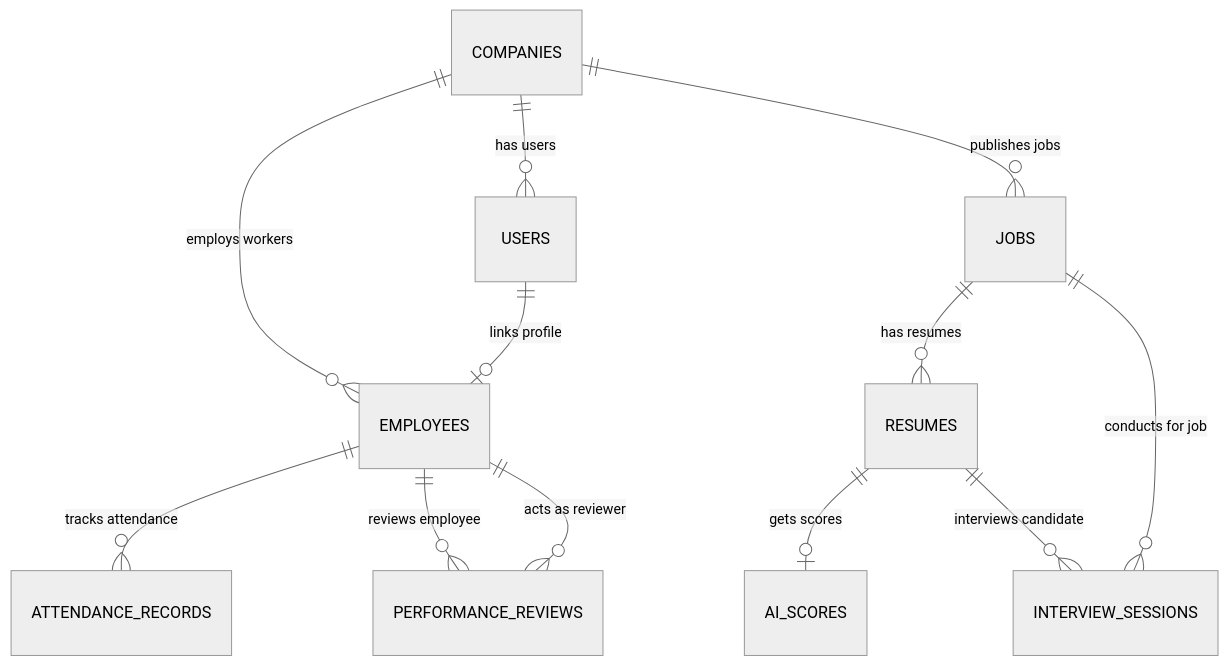
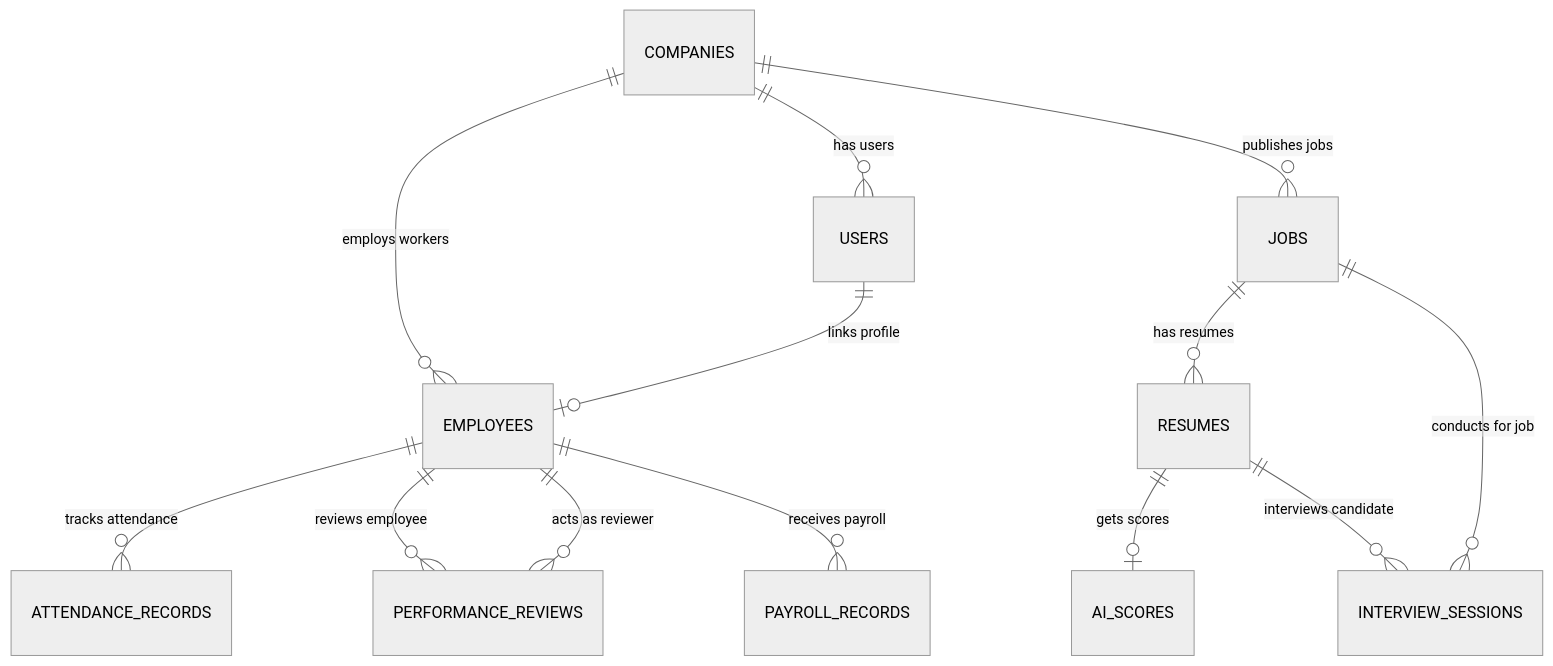
Before and after one commit to pranavvenu12/ai-hiring-os: the diagram in docs/BACKEND_SCHEMA.md, drawn with Mermaid (neutral theme). The commit also changed other lines of this file and 19 other files, not shown here.

````diff
--- a/docs/BACKEND_SCHEMA.md
+++ b/docs/BACKEND_SCHEMA.md
@@ -9,18 +9,19 @@
 ```mermaid
 erDiagram
     COMPANIES ||--o{ USERS : "has users"
     COMPANIES ||--o{ JOBS : "publishes jobs"
     COMPANIES ||--o{ EMPLOYEES : "employs workers"
     
     USERS ||--o| EMPLOYEES : "links profile"
     
     EMPLOYEES ||--o{ ATTENDANCE_RECORDS : "tracks attendance"
     EMPLOYEES ||--o{ PERFORMANCE_REVIEWS : "reviews employee"
     EMPLOYEES ||--o{ PERFORMANCE_REVIEWS : "acts as reviewer"
+    EMPLOYEES ||--o{ PAYROLL_RECORDS : "receives payroll"
     
     JOBS ||--o{ RESUMES : "has resumes"
     RESUMES ||--o| AI_SCORES : "gets scores"
     
     RESUMES ||--o{ INTERVIEW_SESSIONS : "interviews candidate"
     JOBS ||--o{ INTERVIEW_SESSIONS : "conducts for job"
 ```
````
